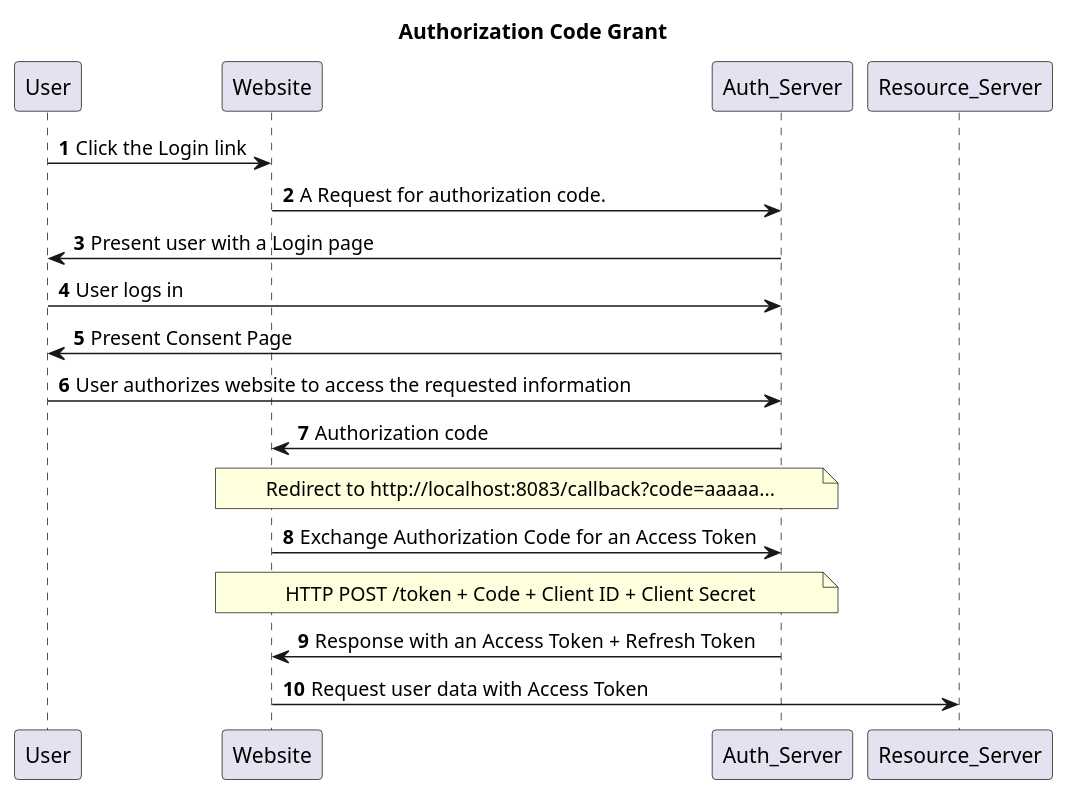
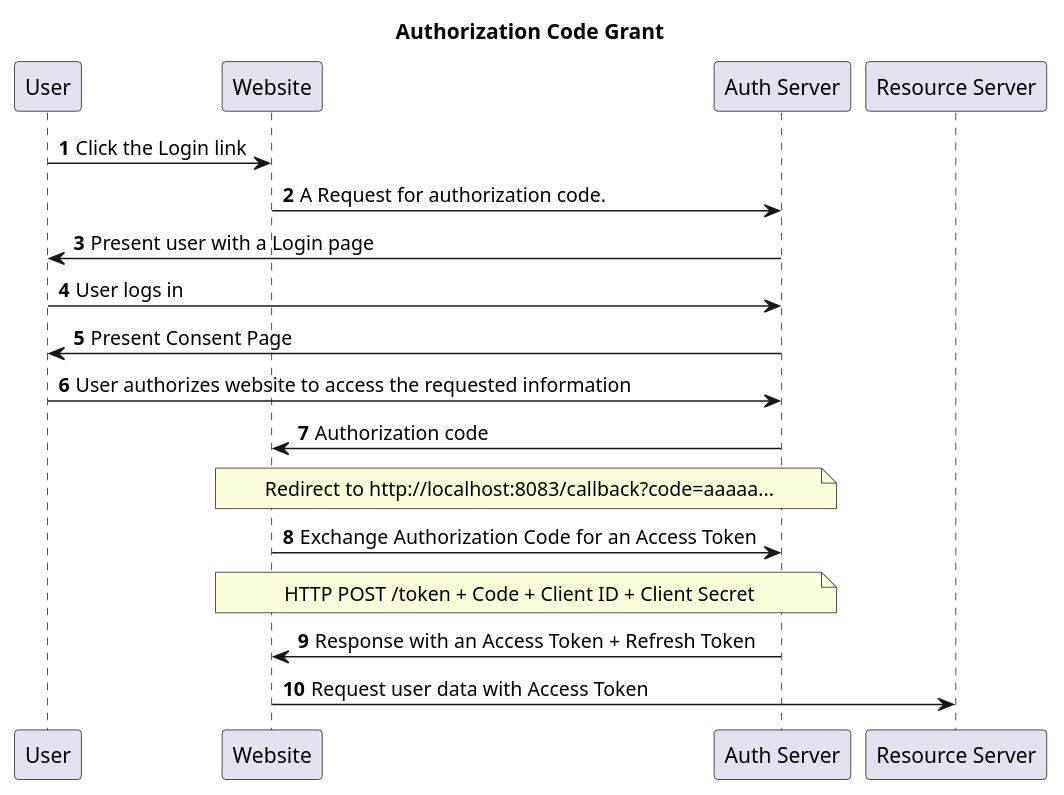
The diagram in AuthorizationCodeGrant.puml (kiyotake-tagbangers/plantUML), drawn with PlantUML before and after one commit.

Commit message:
fix snake case

```diff
--- a/AuthorizationCodeGrant.puml
+++ b/AuthorizationCodeGrant.puml
@@ -1,21 +1,21 @@
 @startuml
 title Authorization Code Grant
 autonumber
 User -> Website: Click the Login link
-Website -> Auth_Server: A Request for authorization code.
-Auth_Server -> User: Present user with a Login page
-User -> Auth_Server: User logs in
-Auth_Server -> User: Present Consent Page
-User -> Auth_Server: User authorizes website to access the requested information
+Website -> "Auth Server": A Request for authorization code.
+"Auth Server" -> User: Present user with a Login page
+User -> "Auth Server": User logs in
+"Auth Server" -> User: Present Consent Page
+User -> "Auth Server": User authorizes website to access the requested information
 
-Auth_Server -> Website: Authorization code
-note over Auth_Server, Website
+"Auth Server" -> Website: Authorization code
+note over "Auth Server", Website
 Redirect to http://localhost:8083/callback?code=aaaaa...
 end note
-Website -> Auth_Server: Exchange Authorization Code for an Access Token
-note over Auth_Server, Website
+Website -> "Auth Server": Exchange Authorization Code for an Access Token
+note over "Auth Server", Website
 HTTP POST /token + Code + Client ID + Client Secret
 end note
-Auth_Server -> Website: Response with an Access Token + Refresh Token
-Website -> Resource_Server: Request user data with Access Token
+"Auth Server" -> Website: Response with an Access Token + Refresh Token
+Website -> "Resource Server": Request user data with Access Token
 @enduml
```
